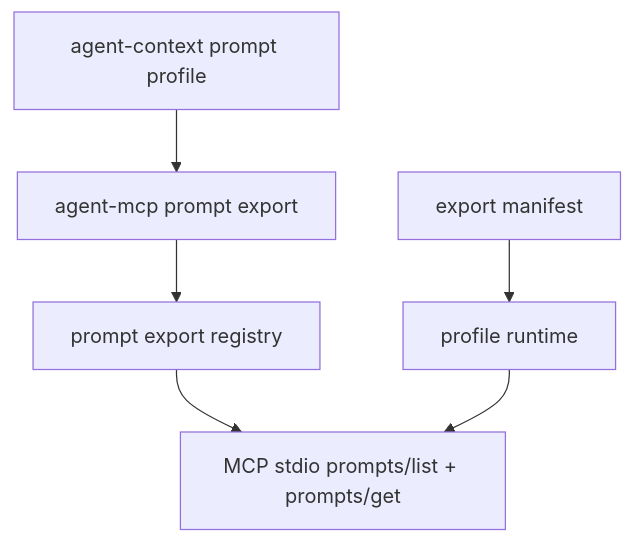
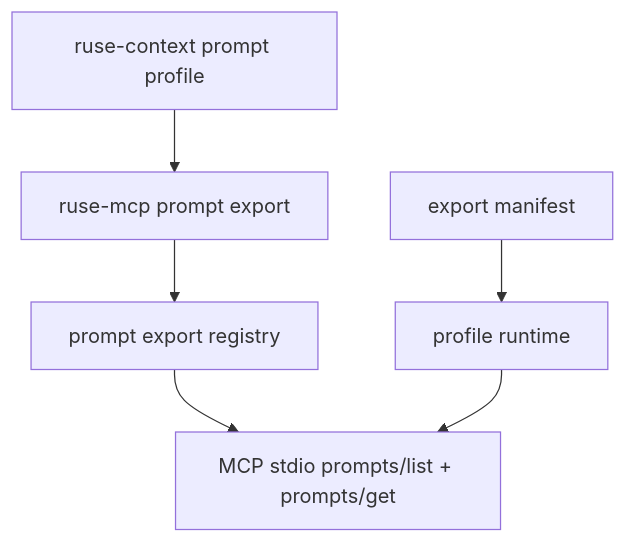
One commit to poneding/agent changed the diagram in docs/specs/M35-mcp-prompt-export-runtime.spec.md. Above: the diagram before and after it, drawn with Mermaid. The commit also changed other lines of this file and 2091 other files, not shown here.

First line of the commit message:
refactor: rename agent branding to ruse

````diff
--- a/docs/specs/M35-mcp-prompt-export-runtime.spec.md
+++ b/docs/specs/M35-mcp-prompt-export-runtime.spec.md
@@ -32,8 +32,8 @@
 ```mermaid
 flowchart TD
-  Context["agent-context prompt profile"] --> Export["agent-mcp prompt export"]
+  Context["ruse-context prompt profile"] --> Export["ruse-mcp prompt export"]
   Export --> Registry["prompt export registry"]
   Registry --> Stdio["MCP stdio prompts/list + prompts/get"]
   Manifest["export manifest"] --> Runtime["profile runtime"]
   Runtime --> Stdio
 ```
````
